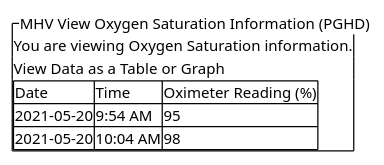
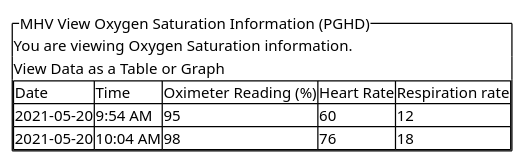
One commit to JohnMoehrke/MHV-PGHD changed the diagram in input/images-source/BloodOxygenSatList.plantuml. Above: the diagram before and after it, drawn with PlantUML. The commit also changed 791 other files, not shown here.

Commit message:
added heart-rate and respiration-rate to pulseOx. adjusted bloodpressure to current

```diff
--- a/input/images-source/BloodOxygenSatList.plantuml
+++ b/input/images-source/BloodOxygenSatList.plantuml
@@ -1,13 +1,13 @@
 @startsalt
 {^"MHV View Oxygen Saturation Information (PGHD)"
 You are viewing Oxygen Saturation information.
 
 View Data as a Table or Graph
 
 {#
-Date | Time | Oximeter Reading (%)
-2021-05-20 | 9:54 AM | 95 
-2021-05-20 | 10:04 AM | 98
+Date | Time | Oximeter Reading (%) | Heart Rate | Respiration rate
+2021-05-20 | 9:54 AM | 95 | 60 | 12
+2021-05-20 | 10:04 AM | 98 | 76 | 18
 }
 }
 @endsalt
```
